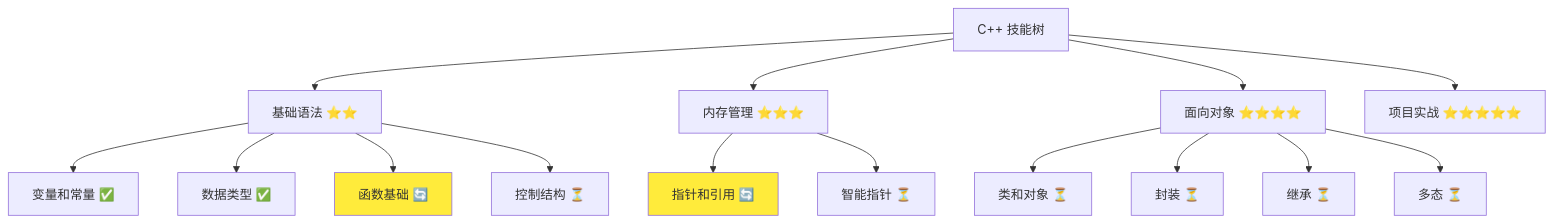
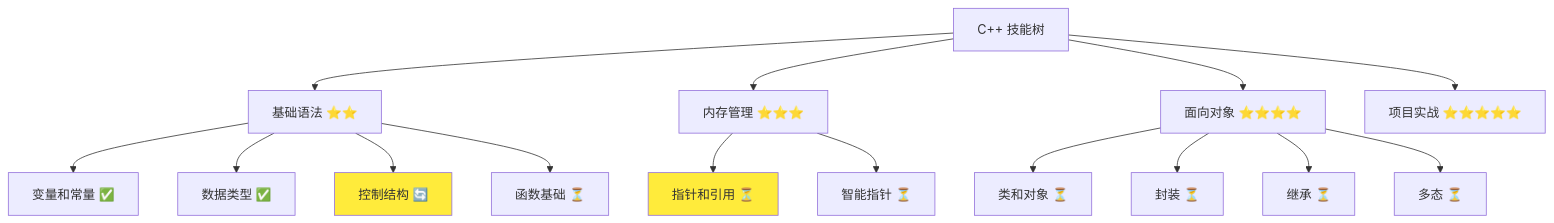
The first of 2 diagrams in docs/standard/template/01-basic-tutorial-template.md (IdEvEbI/QtLanChat-FeiQClone), drawn with Mermaid before and after one commit. The commit also changed other lines of this file, not shown here.

````diff
--- a/docs/standard/template/01-basic-tutorial-template.md
+++ b/docs/standard/template/01-basic-tutorial-template.md
@@ -29,23 +29,23 @@
 ```mermaid
 graph TD
     A[C++ 技能树] --> B[基础语法 ⭐⭐]
     A --> C[内存管理 ⭐⭐⭐]
     A --> D[面向对象 ⭐⭐⭐⭐]
     A --> E[项目实战 ⭐⭐⭐⭐⭐]
 
     B --> B1[变量和常量 ✅]
     B --> B2[数据类型 ✅]
-    B --> B3[函数基础 🔄]
-    B --> B4[控制结构 ⏳]
+    B --> B3[控制结构 🔄]
+    B --> B4[函数基础 ⏳]
 
-    C --> C1[指针和引用 🔄]
+    C --> C1[指针和引用 ⏳]
     C --> C2[智能指针 ⏳]
 
     D --> D1[类和对象 ⏳]
     D --> D2[封装 ⏳]
     D --> D3[继承 ⏳]
     D --> D4[多态 ⏳]
 
     style B3 fill:#ffeb3b
     style C1 fill:#ffeb3b
 ```
````
